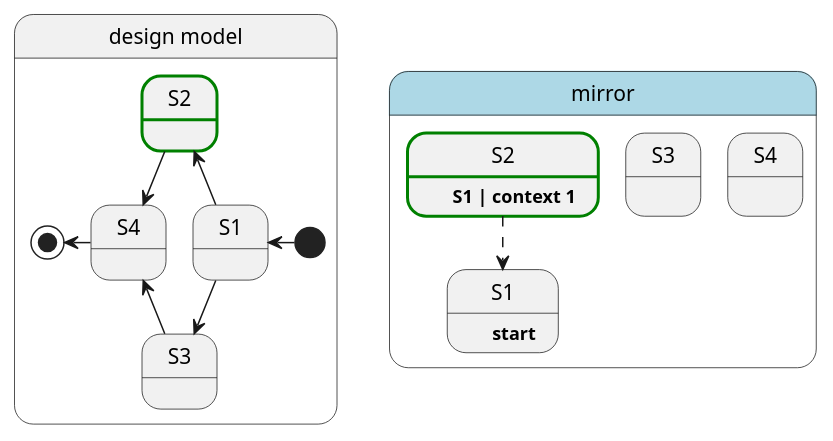
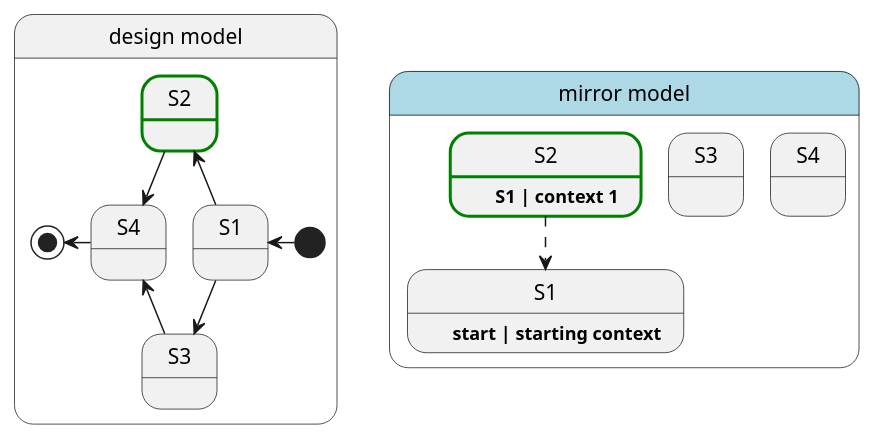
One commit to nemoworks/enkrinojs changed the diagram in docs/diagrams/enkrino3.puml. Above: the diagram before and after it, drawn with PlantUML. The commit also changed 7 other files, not shown here.

```diff
--- a/docs/diagrams/enkrino3.puml
+++ b/docs/diagrams/enkrino3.puml
@@ -1,26 +1,26 @@
 @startuml
 state "design model" as designedmodel {
     state S1 
     state S2 ##[bold]green
     state S3 
     state S4 
 
 
     [*] -left-> S1
     S1 -up-> S2
     S1 -down-> S3
     S2 -down-> S4
     S3 -up-> S4
     S4 -left-> [*]
 }
 
-state mirror #lightblue{
-    state "S1" as MS1 : \t**start**
+state "mirror model" as mirror#lightblue{
+    state "S1" as MS1 : \t**start | starting context**
     state "S2" as MS2 ##[bold]green : \t**S1 | context 1** 
     state "S3" as MS3 : \t
     state "S4" as MS4 : \t
     MS2 -down[dashed]-> MS1
 }
 
 
 @enduml
```
